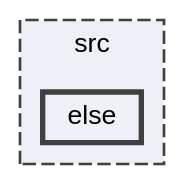
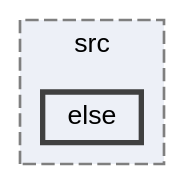
Before and after one commit to yamavol/hello-doxygen: the diagram in dir_3d403beeac32ca3c3217374263ac4e91_dep.dot, drawn with Graphviz. The commit also changed 100 other files, not shown here.

```diff
--- a/dir_3d403beeac32ca3c3217374263ac4e91_dep.dot
+++ b/dir_3d403beeac32ca3c3217374263ac4e91_dep.dot
@@ -1,12 +1,12 @@
-digraph "src/else"
+digraph "doc/src/else"
 {
  // LATEX_PDF_SIZE
   bgcolor="transparent";
   edge [fontname=Helvetica,fontsize=10,labelfontname=Helvetica,labelfontsize=10];
   node [fontname=Helvetica,fontsize=10,shape=box,height=0.2,width=0.4];
   compound=true
   subgraph clusterdir_61c9e5842729cb34568d93cb98ad85b9 {
-    graph [ bgcolor="#edf0f7", pencolor="grey25", label="src", fontname=Helvetica,fontsize=10 style="filled,dashed", URL="dir_61c9e5842729cb34568d93cb98ad85b9.html",tooltip=""]
+    graph [ bgcolor="#edf0f7", pencolor="grey50", label="src", fontname=Helvetica,fontsize=10 style="filled,dashed", URL="dir_61c9e5842729cb34568d93cb98ad85b9.html",tooltip=""]
   dir_3d403beeac32ca3c3217374263ac4e91 [label="else", fillcolor="#edf0f7", color="grey25", style="filled,bold", URL="dir_3d403beeac32ca3c3217374263ac4e91.html",tooltip=""];
   }
 }
```
